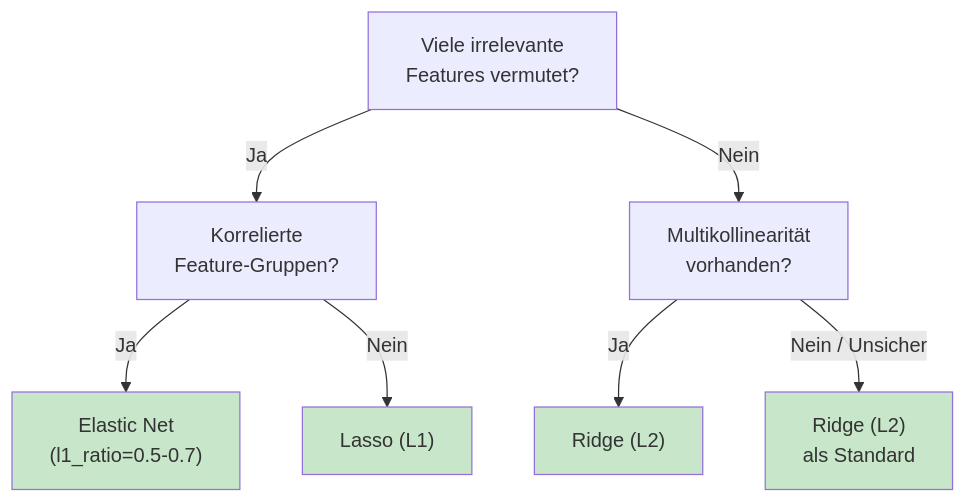
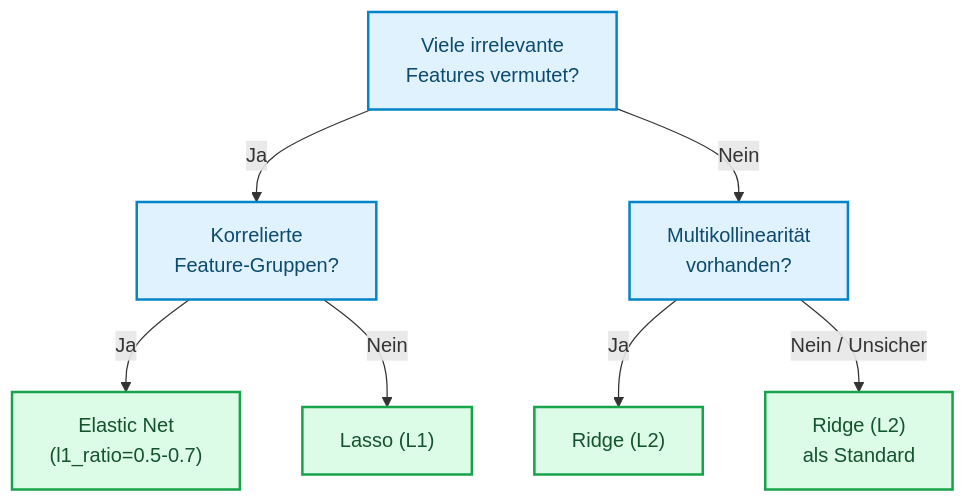
Before and after one commit to ralf-42/ML_Intro: the fifth of 5 diagrams in docs/concepts/evaluate/regularisierung.md, drawn with Mermaid. The commit also changed other lines of this file and 67 other files, not shown here.

````diff
--- a/docs/concepts/evaluate/regularisierung.md
+++ b/docs/concepts/evaluate/regularisierung.md
@@ -631,17 +634,16 @@
 ```mermaid
 flowchart TB
     Q1["Viele irrelevante<br/>Features vermutet?"]
     Q1 --> |"Ja"| Q2["Korrelierte<br/>Feature-Gruppen?"]
     Q1 --> |"Nein"| Q3["Multikollinearität<br/>vorhanden?"]
 
     Q2 --> |"Ja"| A1["Elastic Net<br/>(l1_ratio=0.5-0.7)"]
     Q2 --> |"Nein"| A2["Lasso (L1)"]
 
     Q3 --> |"Ja"| A3["Ridge (L2)"]
     Q3 --> |"Nein / Unsicher"| A4["Ridge (L2)<br/>als Standard"]
 
-    style A1 fill:#c8e6c9
-    style A2 fill:#c8e6c9
-    style A3 fill:#c8e6c9
-    style A4 fill:#c8e6c9
+    classDef default fill:#e0f2fe,stroke:#0284c7,stroke-width:2px,color:#0c4a6e;
+    classDef output fill:#dcfce7,stroke:#16a34a,stroke-width:2px,color:#14532d;
+    class A1,A2,A3,A4 output;
 ```
````
